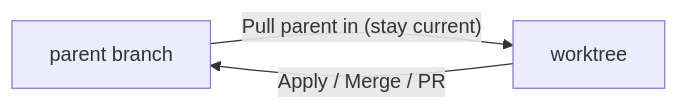
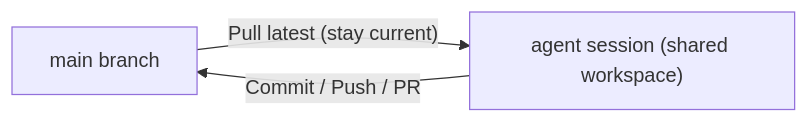
One commit to JorkeyLiu/kilocode changed the diagram in packages/kilo-docs/pages/automate/agent-manager-workflows.md. Above: the diagram before and after it, drawn with Mermaid. The commit also changed other lines of this file and 371 other files, not shown here.

Commit message:
feat(agent-manager): remove worktree orchestration surfaces

````diff
--- a/packages/kilo-docs/pages/automate/agent-manager-workflows.md
+++ b/packages/kilo-docs/pages/automate/agent-manager-workflows.md
@@ -162,8 +143,8 @@
 ```mermaid
 graph LR
-  parent["parent branch"]
-  wt["worktree"]
+  main["main branch"]
+  session["agent session (shared workspace)"]
 
-  parent -->|"Pull parent in (stay current)"| wt
-  wt -->|"Apply / Merge / PR"| parent
+  main -->|"Pull latest (stay current)"| session
+  session -->|"Commit / Push / PR"| main
 ```
````
